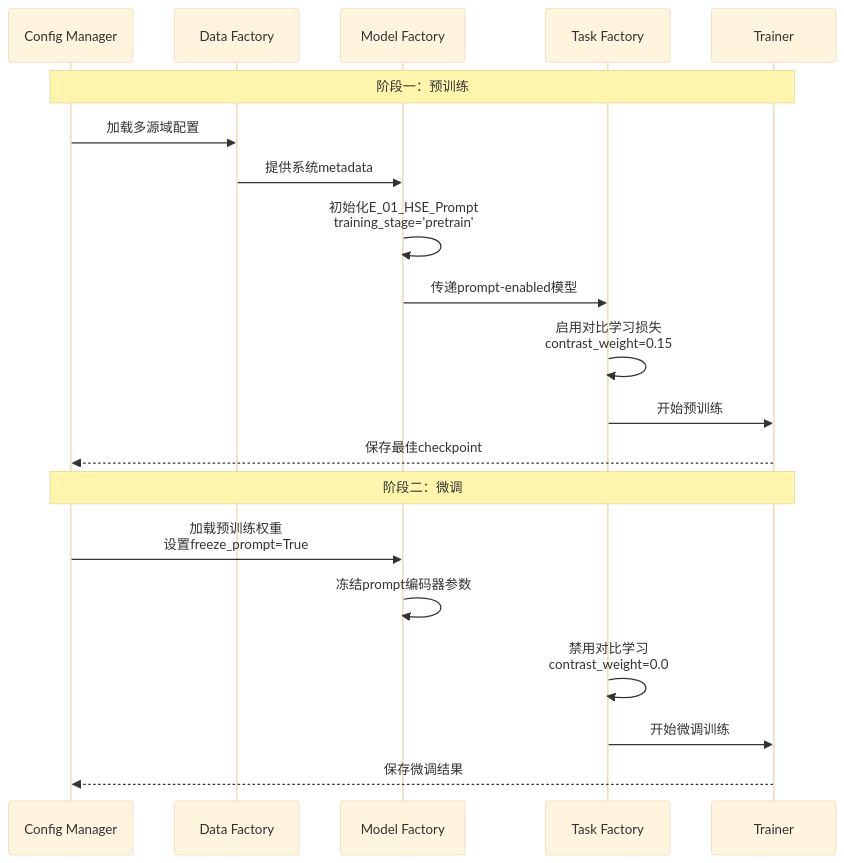
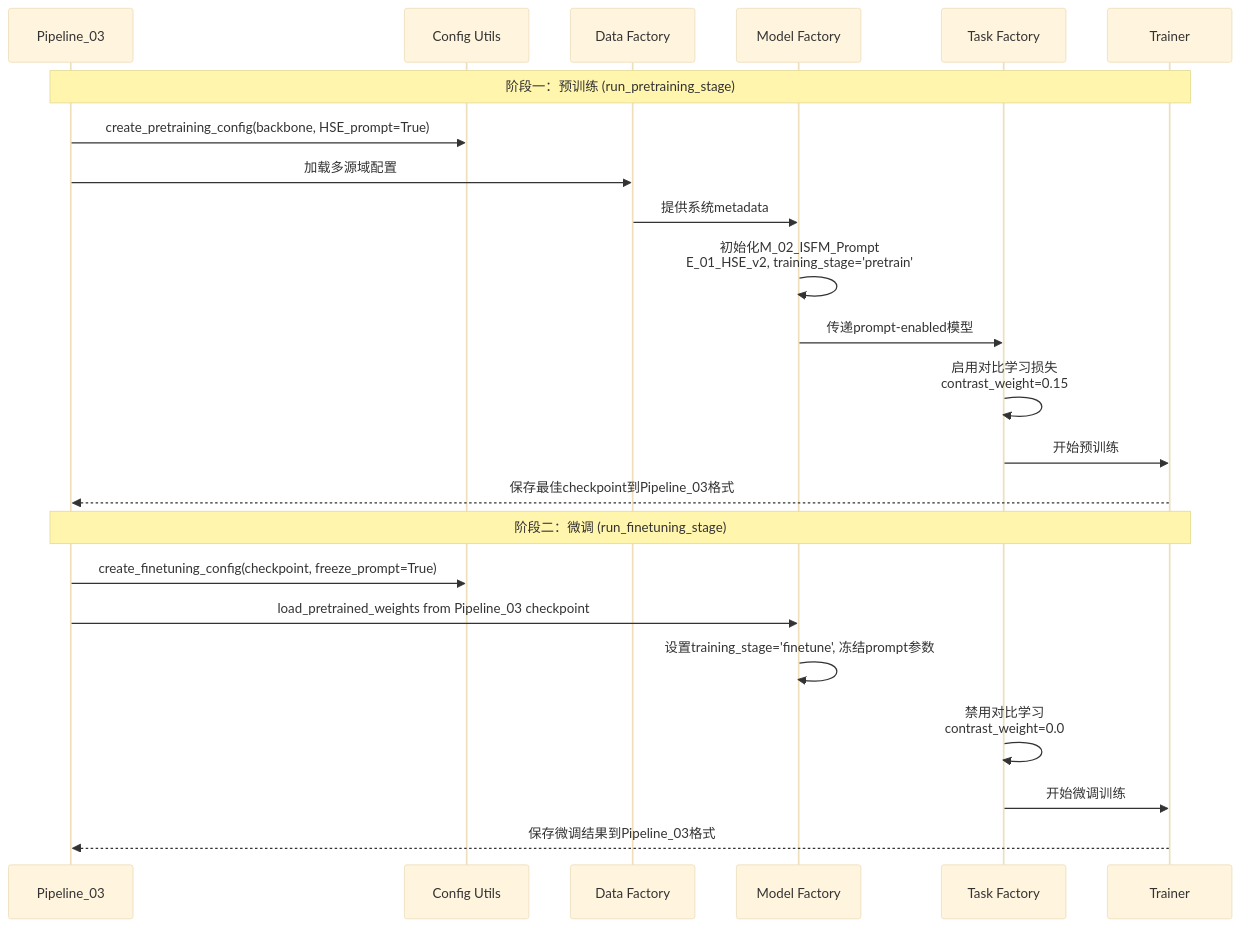
One commit to PHMbench/PHM-Vibench changed the fifth of 7 diagrams in .claude/specs/hse-industrial-contrastive-learning/design.md. Above: the diagram before and after it, drawn with Mermaid (base theme). The commit also changed other lines of this file and 10 other files, not shown here.

First line of the commit message:
feat: Introduce E_01_HSE_v2 for prompt-guided hierarchical signal embedding

````diff
--- a/.claude/specs/hse-industrial-contrastive-learning/design.md
+++ b/.claude/specs/hse-industrial-contrastive-learning/design.md
@@ -398,24 +402,27 @@
 ```mermaid
 sequenceDiagram
-    participant C as Config Manager
+    participant P as Pipeline_03
+    participant C as Config Utils
     participant D as Data Factory  
     participant M as Model Factory
     participant T as Task Factory
     participant TR as Trainer
     
-    Note over C,TR: 阶段一：预训练
-    C->>D: 加载多源域配置
+    Note over P,TR: 阶段一：预训练 (run_pretraining_stage)
+    P->>C: create_pretraining_config(backbone, HSE_prompt=True)
+    P->>D: 加载多源域配置
     D->>M: 提供系统metadata
-    M->>M: 初始化E_01_HSE_Prompt<br/>training_stage='pretrain'
+    M->>M: 初始化M_02_ISFM_Prompt<br/>E_01_HSE_v2, training_stage='pretrain'
     M->>T: 传递prompt-enabled模型
     T->>T: 启用对比学习损失<br/>contrast_weight=0.15
     T->>TR: 开始预训练
-    TR-->>C: 保存最佳checkpoint
+    TR-->>P: 保存最佳checkpoint到Pipeline_03格式
     
-    Note over C,TR: 阶段二：微调
-    C->>M: 加载预训练权重<br/>设置freeze_prompt=True
-    M->>M: 冻结prompt编码器参数
+    Note over P,TR: 阶段二：微调 (run_finetuning_stage)
+    P->>C: create_finetuning_config(checkpoint, freeze_prompt=True)
+    P->>M: load_pretrained_weights from Pipeline_03 checkpoint
+    M->>M: 设置training_stage='finetune', 冻结prompt参数
     T->>T: 禁用对比学习<br/>contrast_weight=0.0
     T->>TR: 开始微调训练
-    TR-->>C: 保存微调结果
+    TR-->>P: 保存微调结果到Pipeline_03格式
 ```
````
